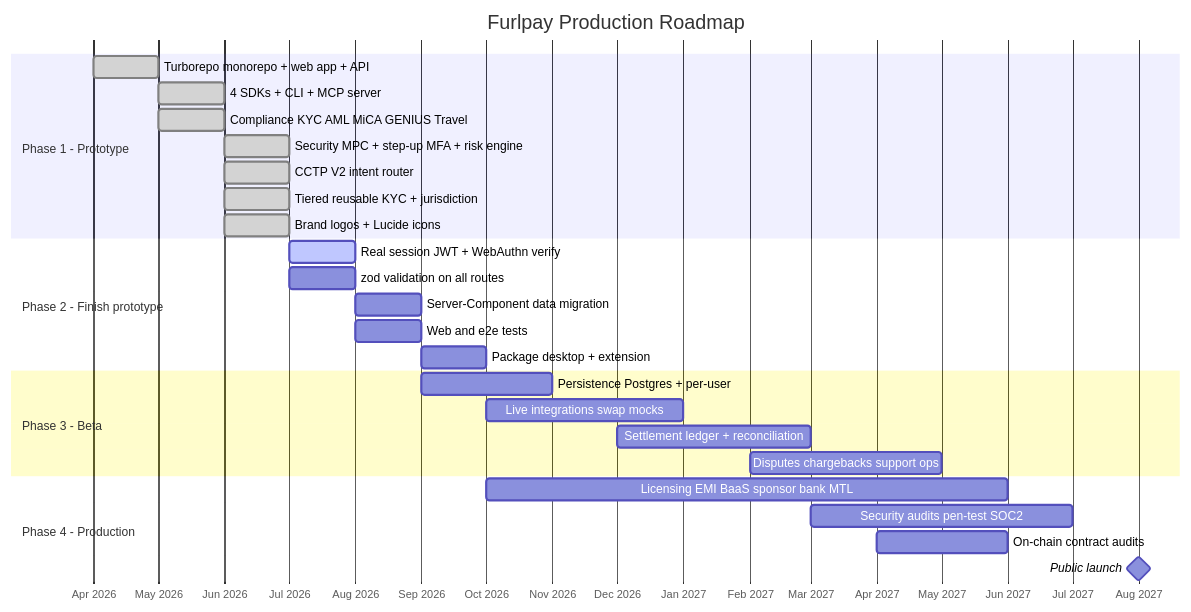
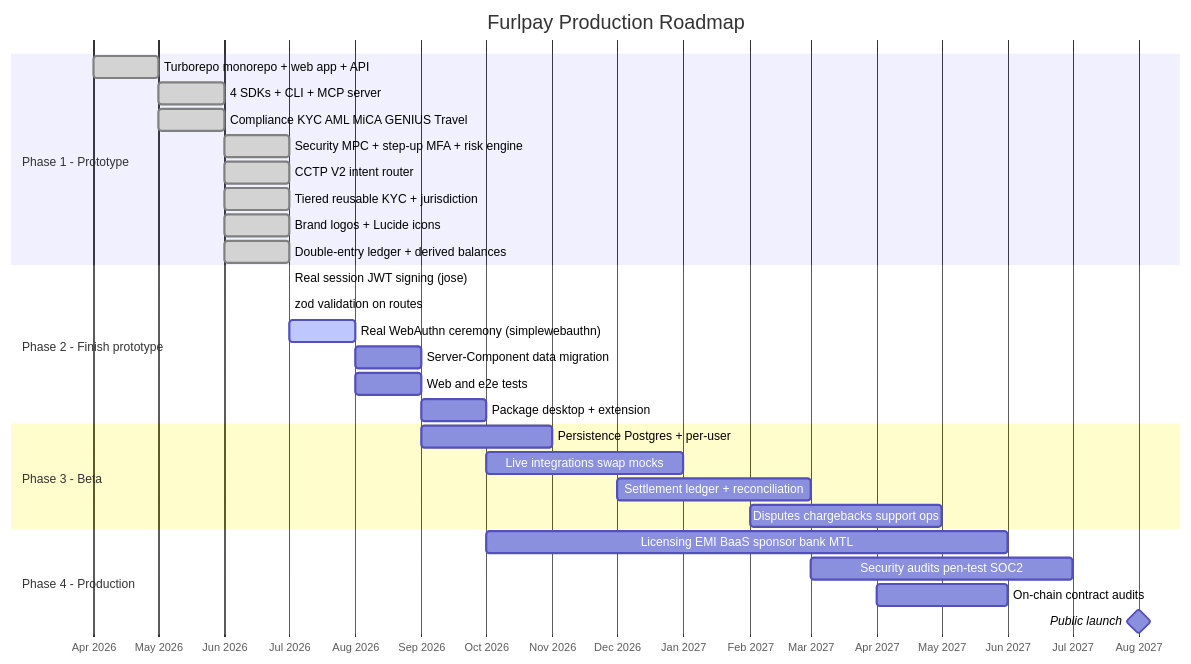
The third of 3 diagrams in README.md (FurlPay/furlpay), drawn with Mermaid before and after one commit. The commit also changed other lines of this file and 29 other files, not shown here.

First line of the commit message:
Make the foundation real: double-entry ledger, JWT sessions, WebAuthn, zod

````diff
--- a/README.md
+++ b/README.md
@@ -515,34 +515,36 @@
 ```mermaid
 gantt
     title Furlpay Production Roadmap
     dateFormat YYYY-MM
     axisFormat %b %Y
 
     section Phase 1 - Prototype
     Turborepo monorepo + web app + API      :done, f1a, 2026-04, 2026-05
     4 SDKs + CLI + MCP server                :done, f1b, 2026-05, 2026-06
     Compliance KYC AML MiCA GENIUS Travel    :done, f1c, 2026-05, 2026-06
     Security MPC + step-up MFA + risk engine :done, f1d, 2026-06, 2026-07
     CCTP V2 intent router                    :done, f1e, 2026-06, 2026-07
     Tiered reusable KYC + jurisdiction       :done, f1f, 2026-06, 2026-07
     Brand logos + Lucide icons               :done, f1g, 2026-06, 2026-07
+    Double-entry ledger + derived balances   :done, f1h, 2026-06, 2026-07
 
     section Phase 2 - Finish prototype
-    Real session JWT + WebAuthn verify       :active, f2a, 2026-07, 2026-08
-    zod validation on all routes             :f2b, 2026-07, 2026-08
-    Server-Component data migration          :f2c, 2026-08, 2026-09
-    Web and e2e tests                        :f2d, 2026-08, 2026-09
-    Package desktop + extension              :f2e, 2026-09, 2026-10
+    Real session JWT signing (jose)          :done, f2a, 2026-07, 2026-07
+    zod validation on routes                 :done, f2b, 2026-07, 2026-07
+    Real WebAuthn ceremony (simplewebauthn)  :active, f2c, 2026-07, 2026-08
+    Server-Component data migration          :f2d, 2026-08, 2026-09
+    Web and e2e tests                        :f2e, 2026-08, 2026-09
+    Package desktop + extension              :f2f, 2026-09, 2026-10
 
     section Phase 3 - Beta
     Persistence Postgres + per-user          :f3a, 2026-09, 2026-11
     Live integrations swap mocks             :f3b, 2026-10, 2027-01
     Settlement ledger + reconciliation       :f3c, 2026-12, 2027-03
     Disputes chargebacks support ops         :f3d, 2027-02, 2027-05
 
     section Phase 4 - Production
     Licensing EMI BaaS sponsor bank MTL      :f4a, 2026-10, 2027-06
     Security audits pen-test SOC2            :f4b, 2027-03, 2027-07
     On-chain contract audits                 :f4c, 2027-04, 2027-06
     Public launch                            :milestone, f4d, 2027-08, 2027-08
 ```
````
